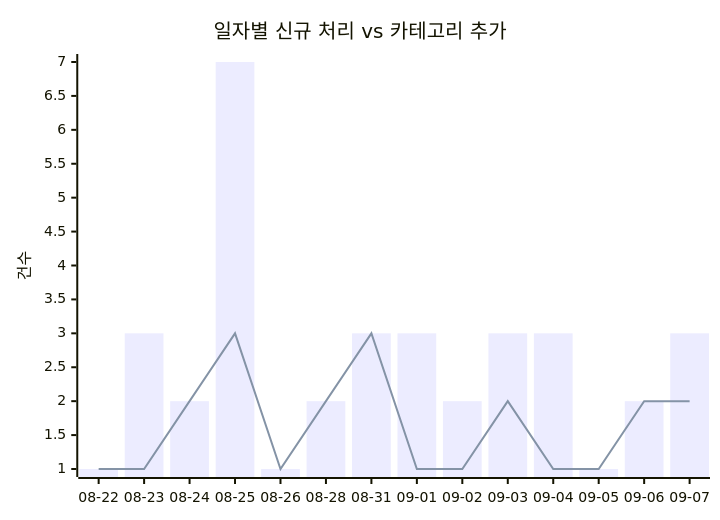
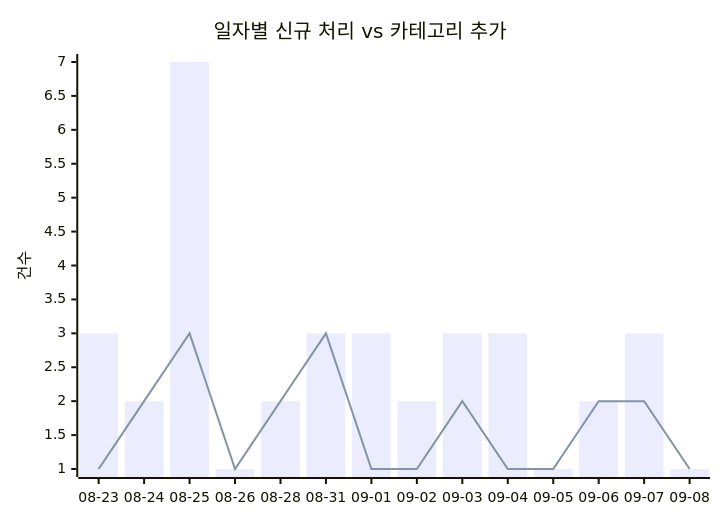
One commit to J-nowcow/awesome-korean-agent-skills changed the first of 2 diagrams in docs/trends.md. Above: the diagram before and after it, drawn with Mermaid. The commit also changed other lines of this file and 4 other files, not shown here.

````diff
--- a/docs/trends.md
+++ b/docs/trends.md
@@ -32,8 +32,8 @@
 ```mermaid
 xychart-beta
     title "일자별 신규 처리 vs 카테고리 추가"
-    x-axis ["08-22","08-23","08-24","08-25","08-26","08-28","08-31","09-01","09-02","09-03","09-04","09-05","09-06","09-07"]
+    x-axis ["08-23","08-24","08-25","08-26","08-28","08-31","09-01","09-02","09-03","09-04","09-05","09-06","09-07","09-08"]
     y-axis "건수"
-    bar [1,3,2,7,1,2,3,3,2,3,3,1,2,3]
-    line [1,1,2,3,1,2,3,1,1,2,1,1,2,2]
+    bar [3,2,7,1,2,3,3,2,3,3,1,2,3,1]
+    line [1,2,3,1,2,3,1,1,2,1,1,2,2,1]
 ```
````
